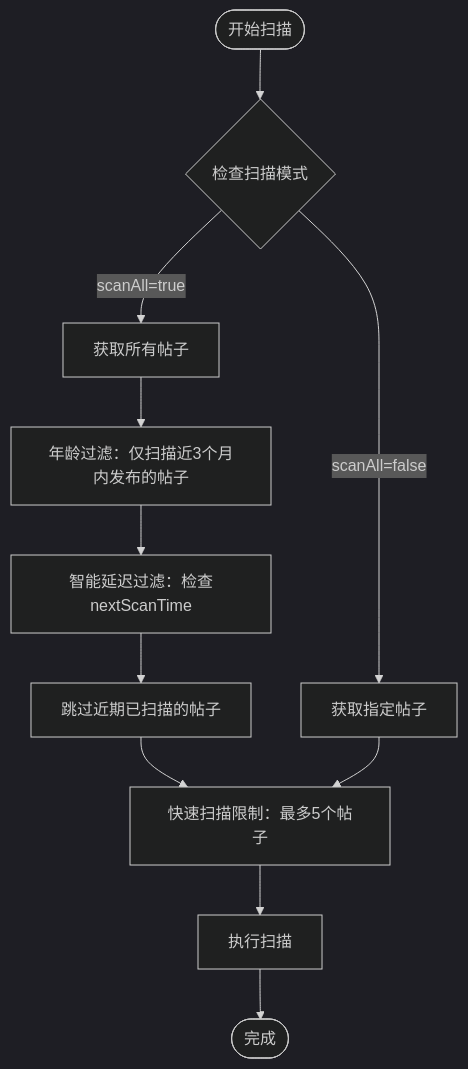
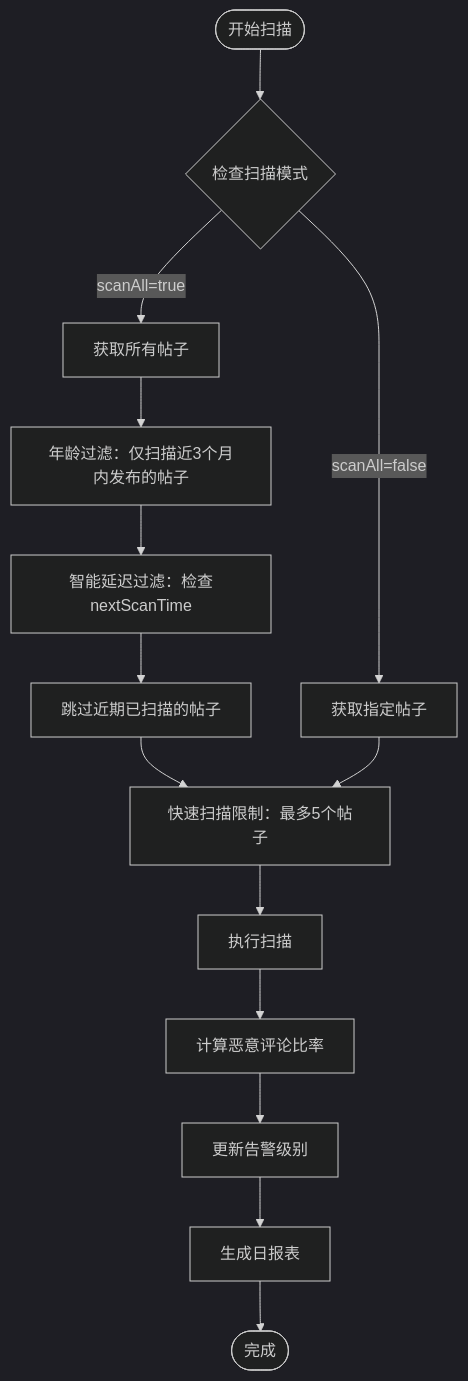
Before and after one commit to zezzezzez/reddit: the second of 12 diagrams in .qoder/repowiki/zh/content/API 接口文档/扫描控制 API.md, drawn with Mermaid (dark theme). The commit also changed other lines of this file and 21 other files, not shown here.

````diff
--- a/.qoder/repowiki/zh/content/API 接口文档/扫描控制 API.md
+++ b/.qoder/repowiki/zh/content/API 接口文档/扫描控制 API.md
@@ -110,13 +122,16 @@
 ```mermaid
 flowchart TD
 Start([开始扫描]) --> CheckMode{"检查扫描模式"}
 CheckMode --> |scanAll=true| GetAllPosts["获取所有帖子"]
 CheckMode --> |scanAll=false| GetSpecificPosts["获取指定帖子"]
 GetAllPosts --> AgeFilter["年龄过滤：仅扫描近3个月内发布的帖子"]
 AgeFilter --> DelayFilter["智能延迟过滤：检查nextScanTime"]
 DelayFilter --> SkipFilter["跳过近期已扫描的帖子"]
 SkipFilter --> QuickScan["快速扫描限制：最多5个帖子"]
 GetSpecificPosts --> QuickScan
 QuickScan --> ExecuteScan["执行扫描"]
-ExecuteScan --> End([完成])
+ExecuteScan --> CalcPercentile["计算恶意评论比率"]
+CalcPercentile --> UpdateAlertLevels["更新告警级别"]
+UpdateAlertLevels --> GenerateReport["生成日报表"]
+GenerateReport --> End([完成])
 ```
````
